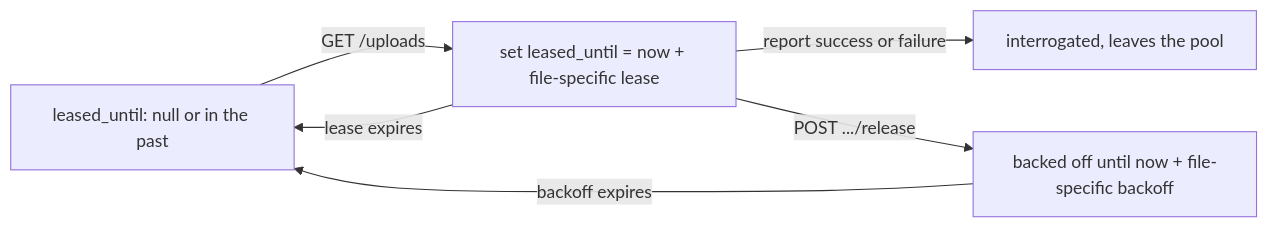
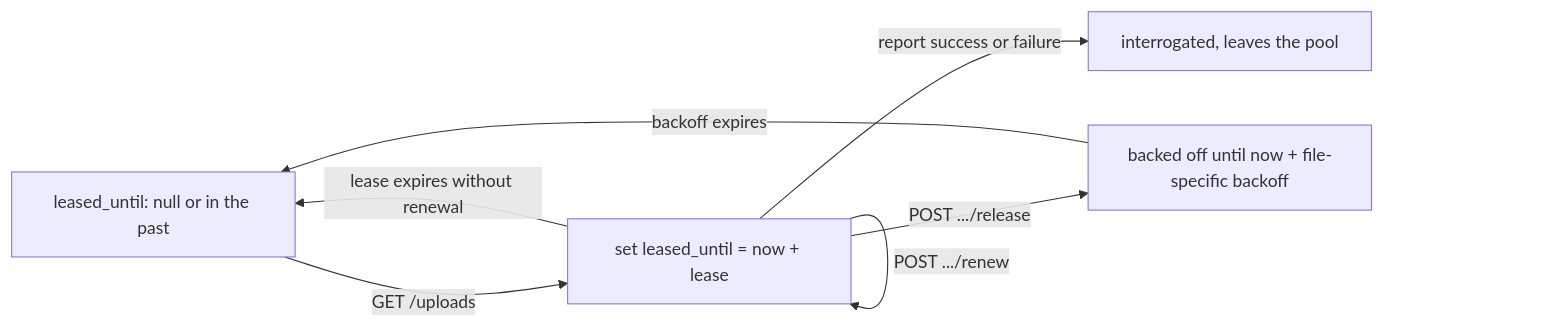
The diagram in docs/epics/epic-0094-leafcutter-ant.md (ghga-de/ghga), drawn with Mermaid before and after one commit. The commit also changed other lines of this file, not shown here.

Commit message:
docs: Switch to lease-renewal mechanism

````diff
--- a/docs/epics/epic-0094-leafcutter-ant.md
+++ b/docs/epics/epic-0094-leafcutter-ant.md
@@ -99,8 +113,9 @@
 ```mermaid
 flowchart LR
-    A[leased_until: null or in the past] -->|GET /uploads| B[set leased_until = now + file-specific lease]
+    A[leased_until: null or in the past] -->|GET /uploads| B[set leased_until = now + lease]
+    B -->|POST .../renew| B
     B -->|report success or failure| C[interrogated, leaves the pool]
     B -->|POST .../release| D[backed off until now + file-specific backoff]
-    B -->|lease expires| A
+    B -->|lease expires without renewal| A
     D -->|backoff expires| A
 ```
````
